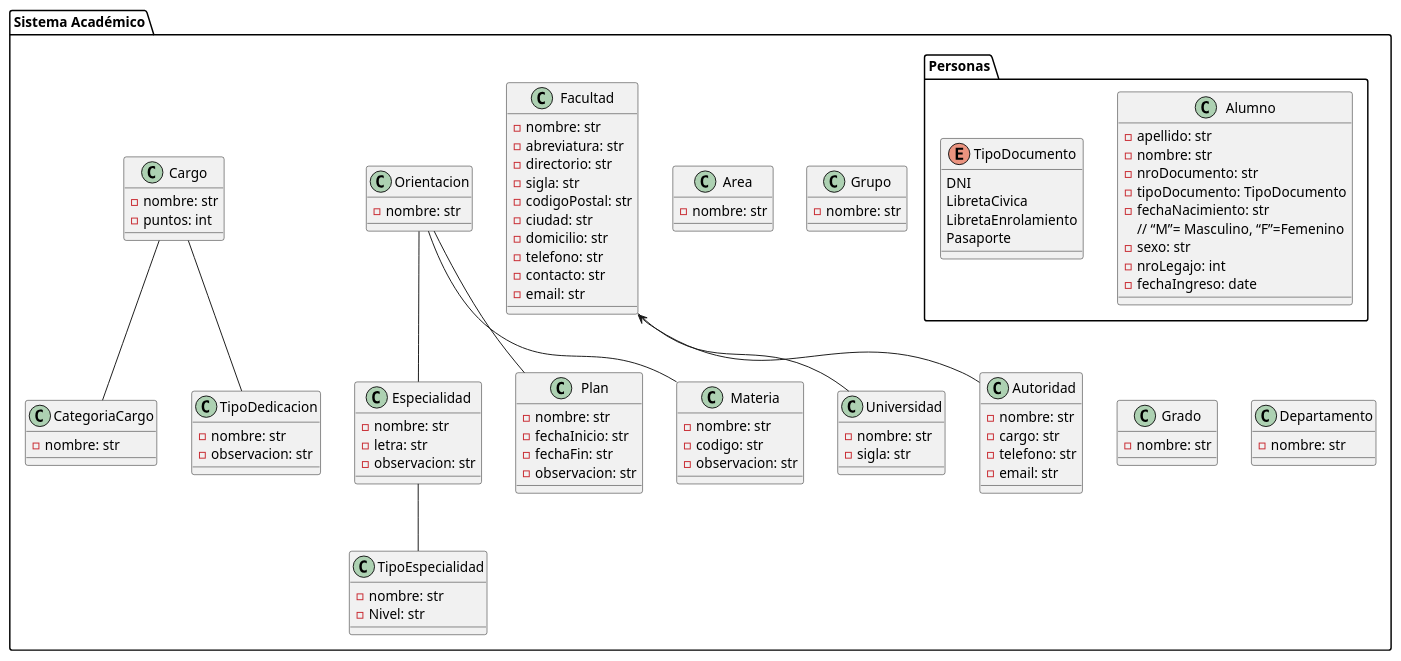
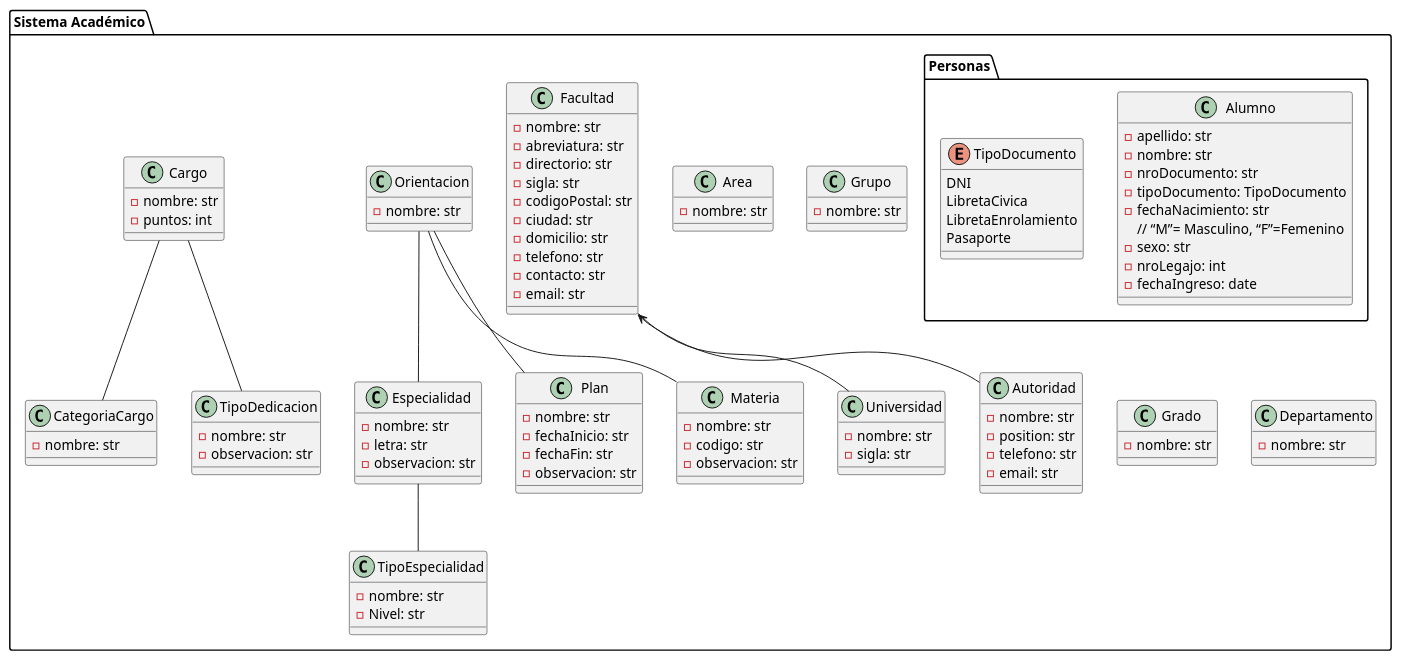
Before and after one commit to Zapallo-Code/project-SysAcad: the diagram in docs/class_diagram.puml, drawn with PlantUML. The commit also changed 53 other files, not shown here.

First line of the commit message:
refactor: implement strict layered architecture in models

```diff
--- a/docs/class_diagram.puml
+++ b/docs/class_diagram.puml
@@ -1,118 +1,118 @@
 @startuml Diagrama de Clases de sysacad
 package "Sistema Académico"{
     package "Personas"{
         class Alumno {
             - apellido: str
             - nombre: str
             - nroDocumento: str
             - tipoDocumento: TipoDocumento
             - fechaNacimiento: str
             // “M”= Masculino, “F”=Femenino
             - sexo: str
             - nroLegajo: int
             - fechaIngreso: date
         }
 
         enum TipoDocumento {
             DNI
             LibretaCivica
             LibretaEnrolamiento
             Pasaporte
         }
     }
 
     class Universidad {
         -nombre: str
         -sigla: str
     }
 
     class Facultad {
         -nombre: str
         -abreviatura: str
         -directorio: str
         -sigla: str
         -codigoPostal: str
         -ciudad: str
         -domicilio: str
         -telefono: str
         -contacto: str
         -email: str
     }
 
     class Autoridad {
         -nombre: str
-        -cargo: str
+        -position: str
         -telefono: str
         -email: str
     }
 
     class Area {
         - nombre: str
     }
 
     class Especialidad {
         - nombre: str
         - letra: str
         - observacion: str
     }
 
     class TipoEspecialidad {
         - nombre: str
         - Nivel: str
     }
 
     class Grupo {
         - nombre: str
     }
 
     class Plan {
         - nombre: str
         - fechaInicio: str
         - fechaFin: str
         - observacion: str
     }
 
     class Orientacion {
         - nombre: str
     }
 
     class Grado {
         - nombre: str
     }
 
     class Cargo {
         - nombre: str
         - puntos: int
         
     }
     
     class CategoriaCargo {
         - nombre: str
     } 
    
     class Materia {
         - nombre: str
         - codigo: str
         - observacion: str
     }
 
     class TipoDedicacion {
         - nombre: str
         - observacion: str
     }
 
     class Departamento {
         - nombre: str
     }
 
 
     Orientacion -- Especialidad
     Orientacion -- Plan
     Orientacion -- Materia
     Especialidad -- TipoEspecialidad
     Facultad <-- Autoridad
     Facultad -- Universidad
     Cargo -- CategoriaCargo
     Cargo -- TipoDedicacion
 }
 @enduml
```
